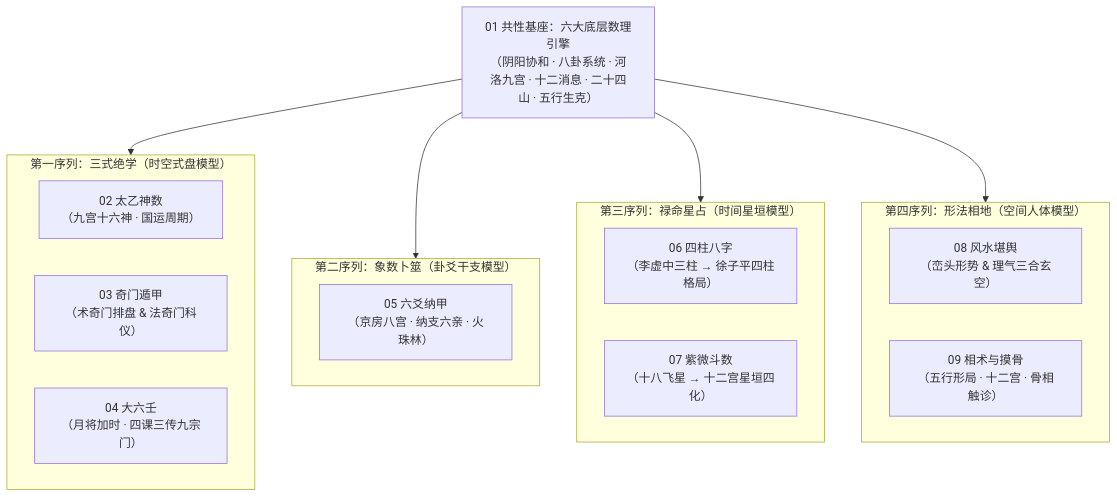
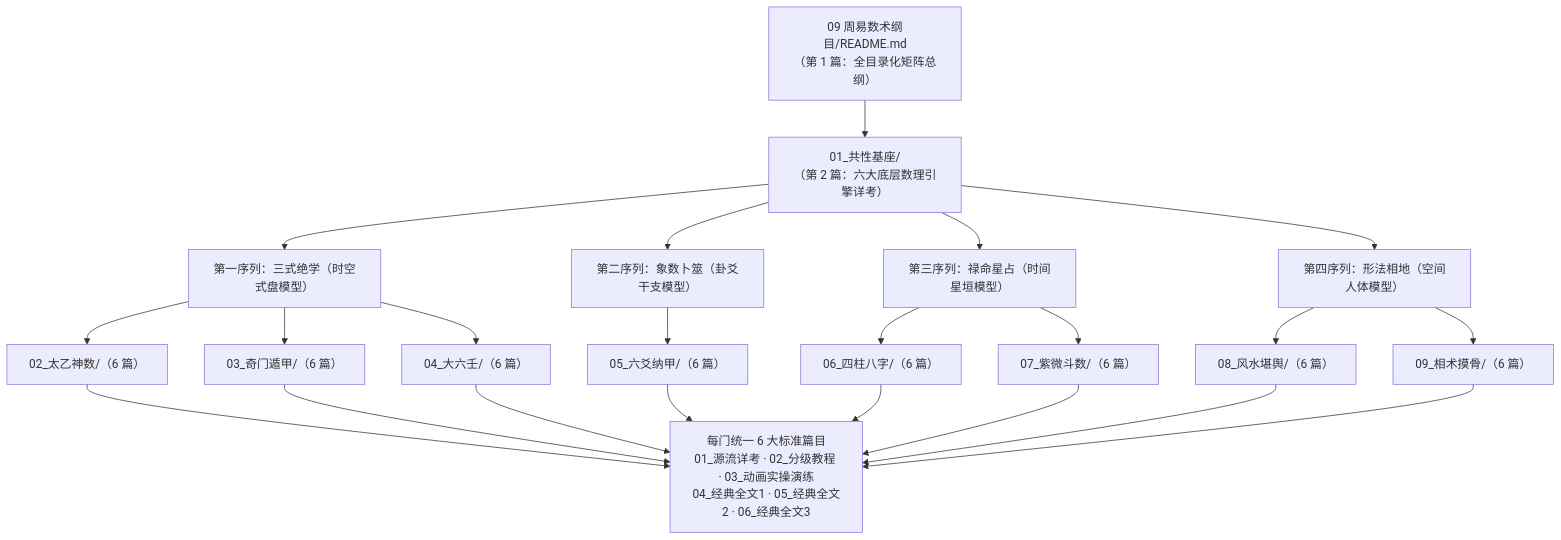
The diagram in content/09 周易数术纲目/README.md (wole278/xushiyan-YiJing), drawn with Mermaid before and after one commit. The commit also changed other lines of this file and 56 other files, not shown here.

````diff
--- a/content/09 周易数术纲目/README.md
+++ b/content/09 周易数术纲目/README.md
@@ -44,26 +48,20 @@
 ```mermaid
 flowchart TD
-    BASE["01 共性基座：六大底层数理引擎<br/>（阴阳协和 · 八卦系统 · 河洛九宫 · 十二消息 · 二十四山 · 五行生克）"]
+    ROOT["09 周易数术纲目/README.md<br/>（第 1 篇：全目录化矩阵总纲）"] --> BASE["01_共性基座/<br/>（第 2 篇：六大底层数理引擎详考）"]
 
-    subgraph SEQ1["第一序列：三式绝学（时空式盘模型）"]
-        A2["02 太乙神数<br/>（九宫十六神 · 国运周期）"]
-        A3["03 奇门遁甲<br/>（术奇门排盘 & 法奇门科仪）"]
-        A4["04 大六壬<br/>（月将加时 · 四课三传九宗门）"]
-    end
+    BASE --> SEQ1["第一序列：三式绝学（时空式盘模型）"]
+    BASE --> SEQ2["第二序列：象数卜筮（卦爻干支模型）"]
+    BASE --> SEQ3["第三序列：禄命星占（时间星垣模型）"]
+    BASE --> SEQ4["第四序列：形法相地（空间人体模型）"]
 
-    subgraph SEQ2["第二序列：象数卜筮（卦爻干支模型）"]
-        A5["05 六爻纳甲<br/>（京房八宫 · 纳支六亲 · 火珠林）"]
-    end
+    SEQ1 --> D2["02_太乙神数/（6 篇）"]
+    SEQ1 --> D3["03_奇门遁甲/（6 篇）"]
+    SEQ1 --> D4["04_大六壬/（6 篇）"]
+    SEQ2 --> D5["05_六爻纳甲/（6 篇）"]
+    SEQ3 --> D6["06_四柱八字/（6 篇）"]
+    SEQ3 --> D7["07_紫微斗数/（6 篇）"]
+    SEQ4 --> D8["08_风水堪舆/（6 篇）"]
+    SEQ4 --> D9["09_相术摸骨/（6 篇）"]
 
-    subgraph SEQ3["第三序列：禄命星占（时间星垣模型）"]
-        A6["06 四柱八字<br/>（李虚中三柱 → 徐子平四柱格局）"]
-        A7["07 紫微斗数<br/>（十八飞星 → 十二宫星垣四化）"]
-    end
-
-    subgraph SEQ4["第四序列：形法相地（空间人体模型）"]
-        A8["08 风水堪舆<br/>（峦头形势 & 理气三合玄空）"]
-        A9["09 相术与摸骨<br/>（五行形局 · 十二宫 · 骨相触诊）"]
-    end
-
-    BASE --> SEQ1 & SEQ2 & SEQ3 & SEQ4
+    D2 & D3 & D4 & D5 & D6 & D7 & D8 & D9 --> STD["每门统一 6 大标准篇目<br/>01_源流详考 · 02_分级教程 · 03_动画实操演练<br/>04_经典全文1 · 05_经典全文2 · 06_经典全文3"]
 ```
````
